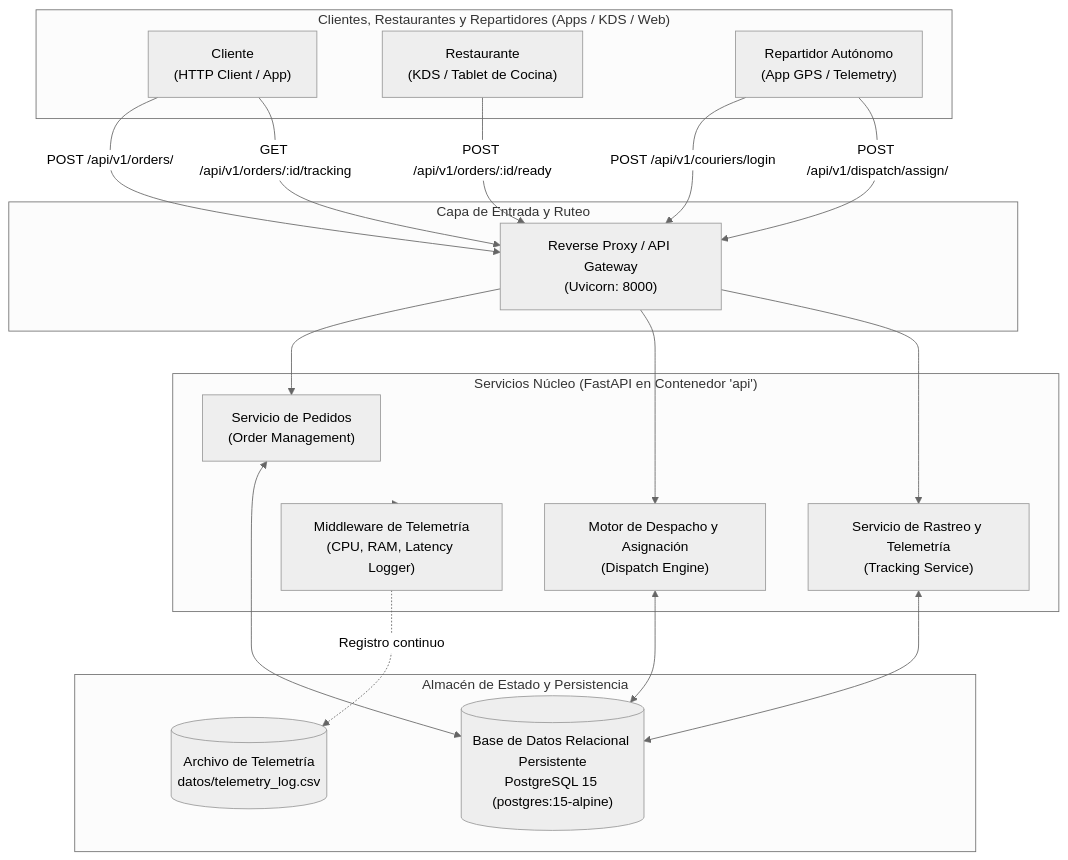
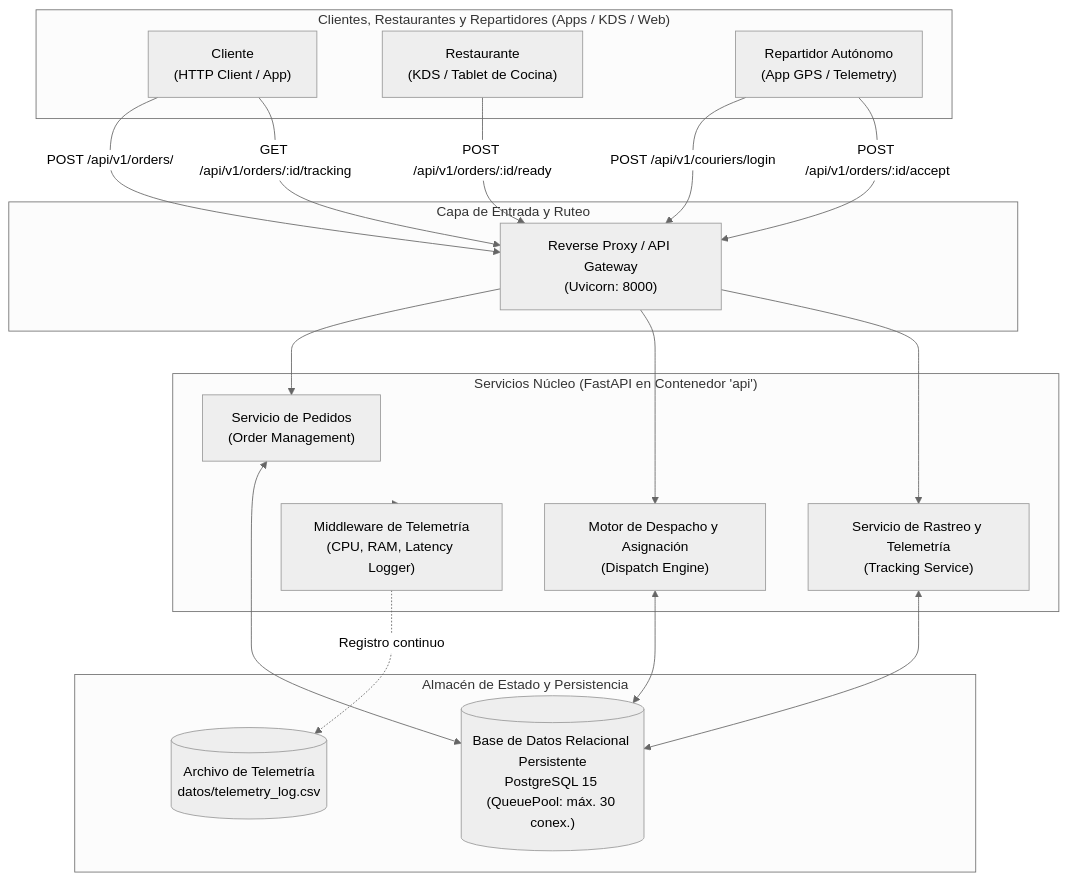
One commit to Juancho432/quickdelivery-sim changed the first of 6 diagrams in docs/Planteamiento_Proyecto.md. Above: the diagram before and after it, drawn with Mermaid (neutral theme). The commit also changed other lines of this file and 3 other files, not shown here.

````diff
--- a/docs/Planteamiento_Proyecto.md
+++ b/docs/Planteamiento_Proyecto.md
@@ -47,40 +50,40 @@
 ```mermaid
 flowchart TD
     subgraph CLIENT_ZONE["Clientes, Restaurantes y Repartidores (Apps / KDS / Web)"]
         CLI["Cliente\n(HTTP Client / App)"]
         REST["Restaurante\n(KDS / Tablet de Cocina)"]
         REP["Repartidor Autónomo\n(App GPS / Telemetry)"]
     end
 
     subgraph INGRESS_LAYER["Capa de Entrada y Ruteo"]
         GW["Reverse Proxy / API Gateway\n(Uvicorn: 8000)"]
     end
 
     subgraph CORE_SERVICES["Servicios Núcleo (FastAPI en Contenedor 'api')"]
         API_ORD["Servicio de Pedidos\n(Order Management)"]
         DISP_ENG["Motor de Despacho y Asignación\n(Dispatch Engine)"]
         TRACK_SRV["Servicio de Rastreo y Telemetría\n(Tracking Service)"]
         TEL_MID["Middleware de Telemetría\n(CPU, RAM, Latency Logger)"]
     end
 
     subgraph DATA_LAYER["Almacén de Estado y Persistencia"]
-        DB[("Base de Datos Relacional Persistente\nPostgreSQL 15 (postgres:15-alpine)")]
+        DB[("Base de Datos Relacional Persistente\nPostgreSQL 15 (QueuePool: máx. 30 conex.)")]
         LOG_CSV[("Archivo de Telemetría\ndatos/telemetry_log.csv")]
     end
 
     CLI -->|POST /api/v1/orders/| GW
     REST -->|"POST /api/v1/orders/:id/ready"| GW
     REP -->|POST /api/v1/couriers/login| GW
-    REP -->|POST /api/v1/dispatch/assign/| GW
+    REP -->|POST /api/v1/orders/:id/accept| GW
     CLI -->|"GET /api/v1/orders/:id/tracking"| GW
     GW --> API_ORD
     GW --> DISP_ENG
     GW --> TRACK_SRV
 
     API_ORD <--> DB
     DISP_ENG <--> DB
     TRACK_SRV <--> DB
 
     CORE_SERVICES -.-> TEL_MID
     TEL_MID -.->|Registro continuo| LOG_CSV
 ```
````
